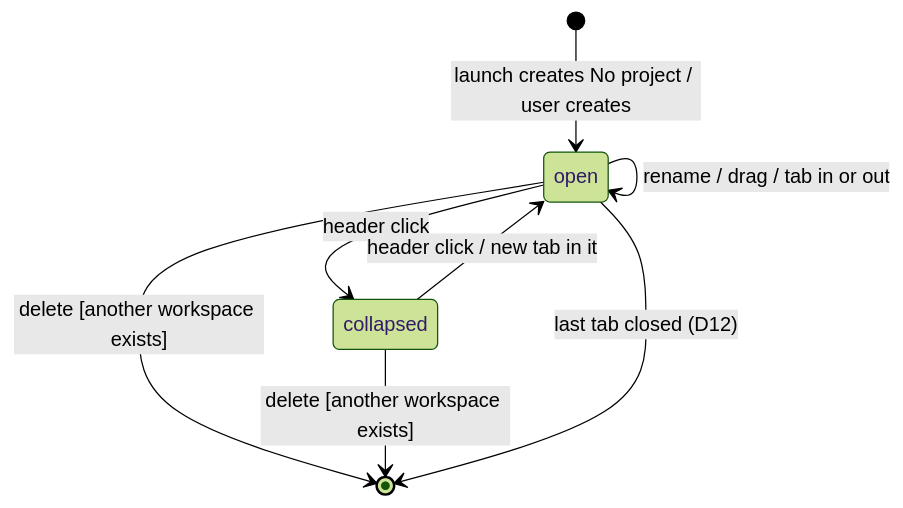
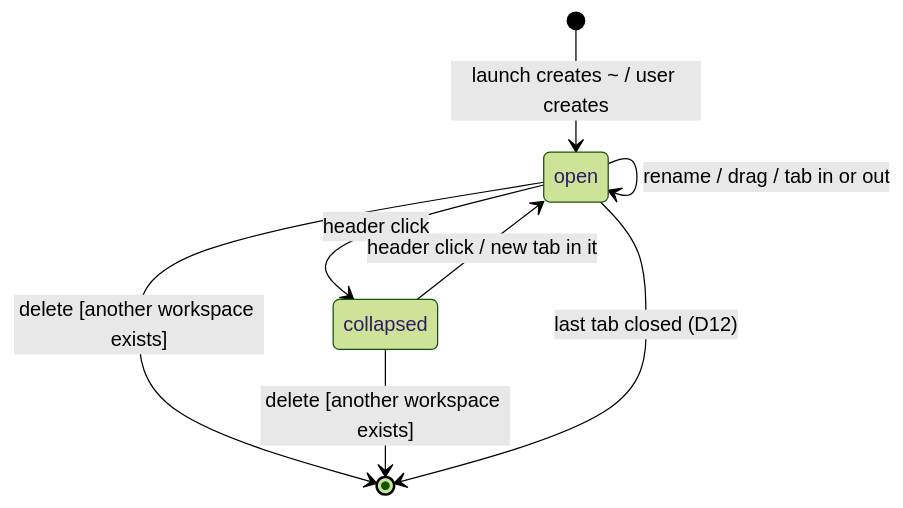
One commit to daniil4545/tarn changed the second of 2 diagrams in docs/specs/windows-workspaces.md. Above: the diagram before and after it, drawn with Mermaid (forest theme). The commit also changed other lines of this file and 15 other files, not shown here.

````diff
--- a/docs/specs/windows-workspaces.md
+++ b/docs/specs/windows-workspaces.md
@@ -44,10 +44,10 @@
 ```mermaid
 stateDiagram-v2
-  [*] --> open: launch creates No project / user creates
+  [*] --> open: launch creates ~ / user creates
   open --> collapsed: header click
   collapsed --> open: header click / new tab in it
   open --> open: rename / drag / tab in or out
   open --> [*]: delete [another workspace exists]
   collapsed --> [*]: delete [another workspace exists]
   open --> [*]: last tab closed (D12)
 ```
````
